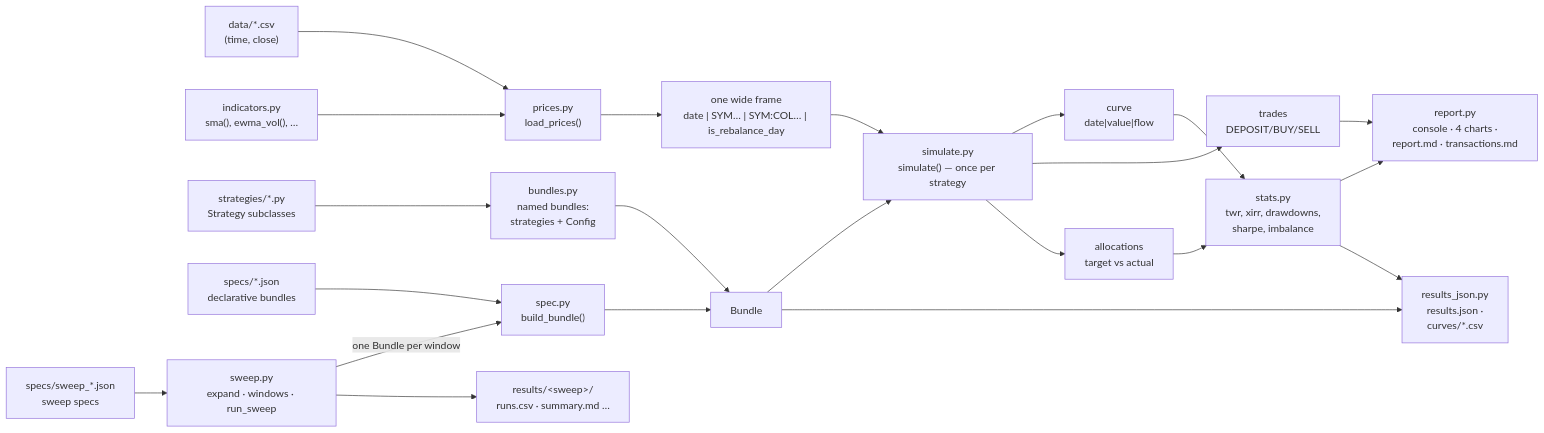
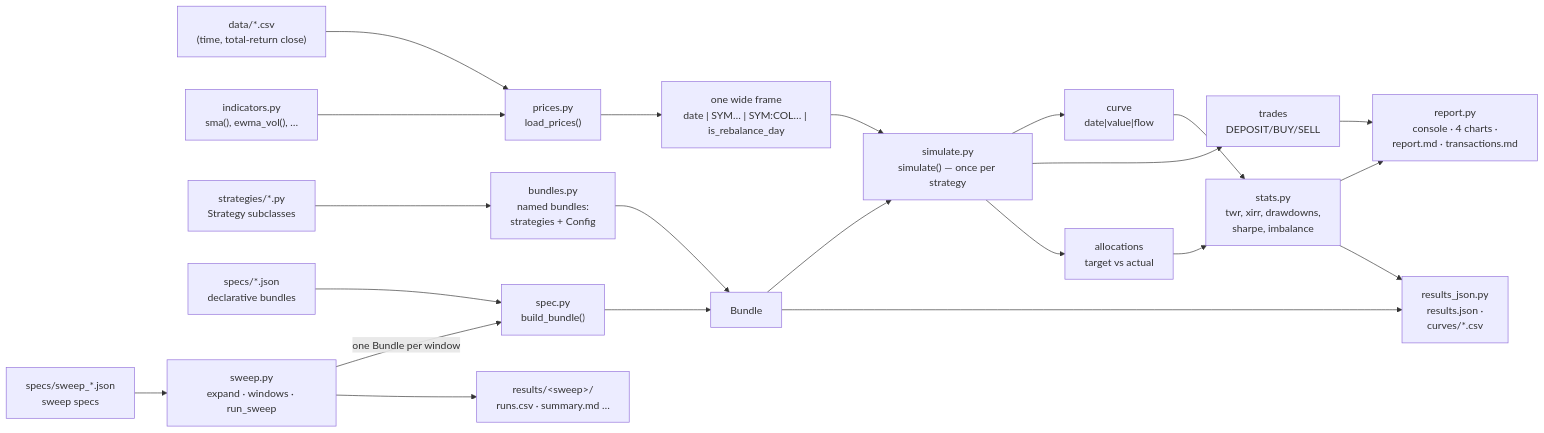
The diagram in docs/ARCHITECTURE.md (vlaas/balancing_portfolio), drawn with Mermaid before and after one commit. The commit also changed other lines of this file and 4 other files, not shown here.

First line of the commit message:
Docs: TR convention in STRATEGY_DEVELOPMENT/ARCHITECTURE/README, protocol line, spec errata (TOTAL_RETURN_SPEC §9)

````diff
--- a/docs/ARCHITECTURE.md
+++ b/docs/ARCHITECTURE.md
@@ -18,24 +18,24 @@
 ```mermaid
 flowchart LR
-    CSV["data/*.csv<br/>(time, close)"] --> P["prices.py<br/>load_prices()"]
+    CSV["data/*.csv<br/>(time, total-return close)"] --> P["prices.py<br/>load_prices()"]
     I["indicators.py<br/>sma(), ewma_vol(), …"] --> P
     P --> W["one wide frame<br/>date | SYM… | SYM:COL… | is_rebalance_day"]
     W --> E["simulate.py<br/>simulate() — once per strategy"]
     S["strategies/*.py<br/>Strategy subclasses"] --> B["bundles.py<br/>named bundles:<br/>strategies + Config"]
     SJ["specs/*.json<br/>declarative bundles"] --> SP["spec.py<br/>build_bundle()"]
     SP --> B2["Bundle"]
     B --> B2
     B2 --> E
     E --> C["curve<br/>date|value|flow"]
     E --> T["trades<br/>DEPOSIT/BUY/SELL"]
     E --> A["allocations<br/>target vs actual"]
     C --> ST["stats.py<br/>twr, xirr, drawdowns,<br/>sharpe, imbalance"]
     A --> ST
     ST --> R["report.py<br/>console · 4 charts ·<br/>report.md · transactions.md"]
     T --> R
     ST --> J["results_json.py<br/>results.json ·<br/>curves/*.csv"]
     B2 --> J
     SWJ["specs/sweep_*.json<br/>sweep specs"] --> SW["sweep.py<br/>expand · windows · run_sweep"]
     SW -->|"one Bundle per window"| SP
     SW --> SWR["results/&lt;sweep&gt;/<br/>runs.csv · summary.md …"]
 ```
````
